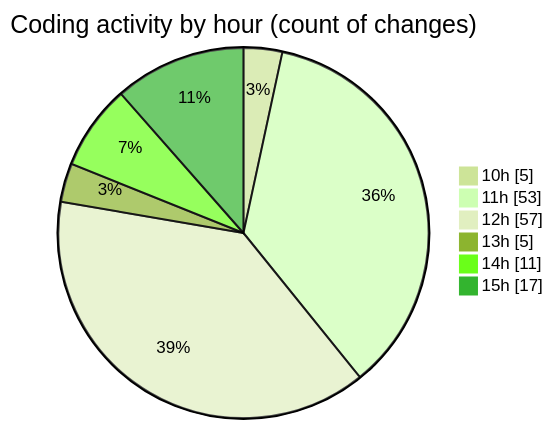
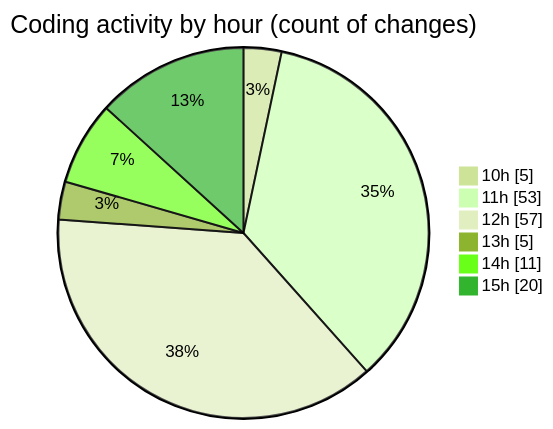
Before and after one commit to momahboobian/code-tracking: the second of 2 diagrams in 2025-06-17/cda/README.md, drawn with Mermaid (forest theme). The commit also changed other lines of this file and 1 other file, not shown here.

````diff
--- a/2025-06-17/cda/README.md
+++ b/2025-06-17/cda/README.md
@@ -47,10 +48,10 @@
 ```mermaid
 pie showData
 title Coding activity by hour (count of changes)
 "10h" : 5
 "11h" : 53
 "12h" : 57
 "13h" : 5
 "14h" : 11
-"15h" : 17
+"15h" : 20
 ```
````
